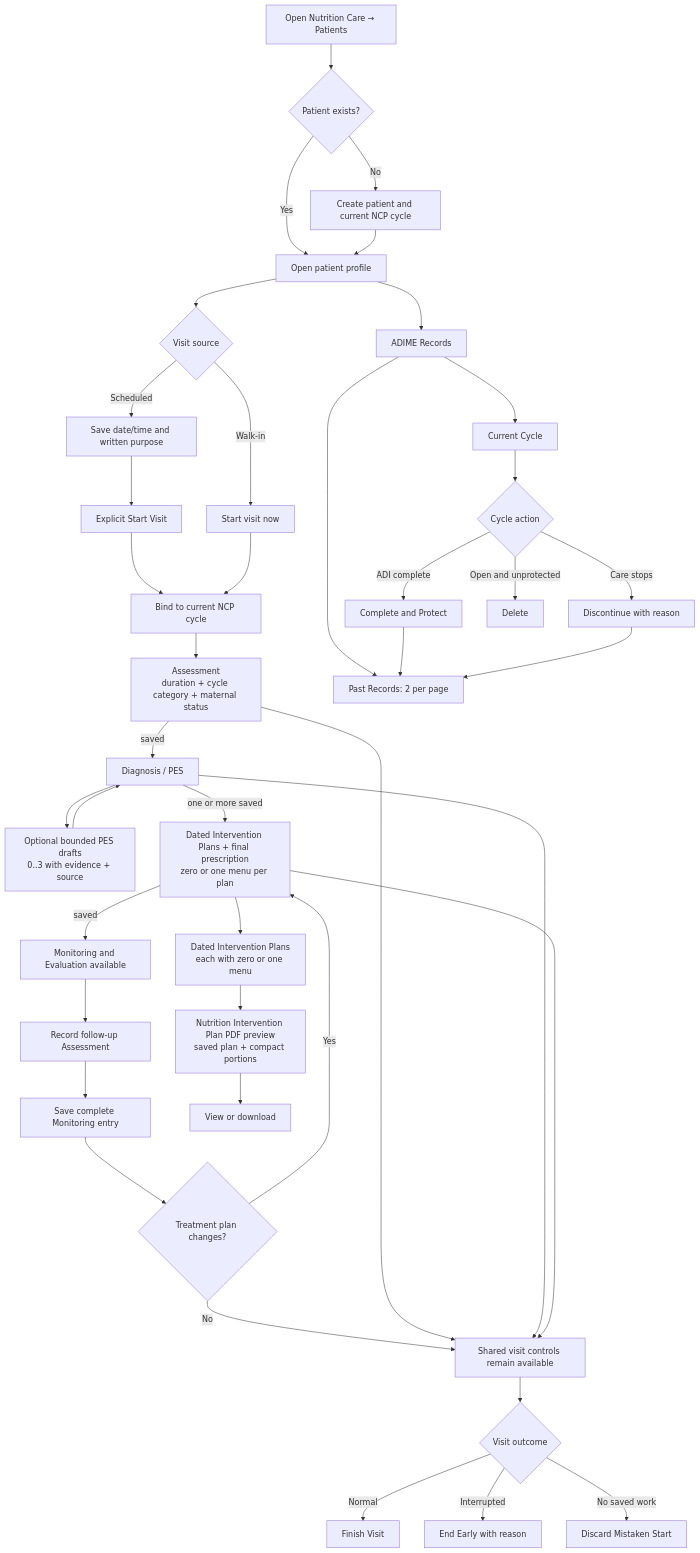
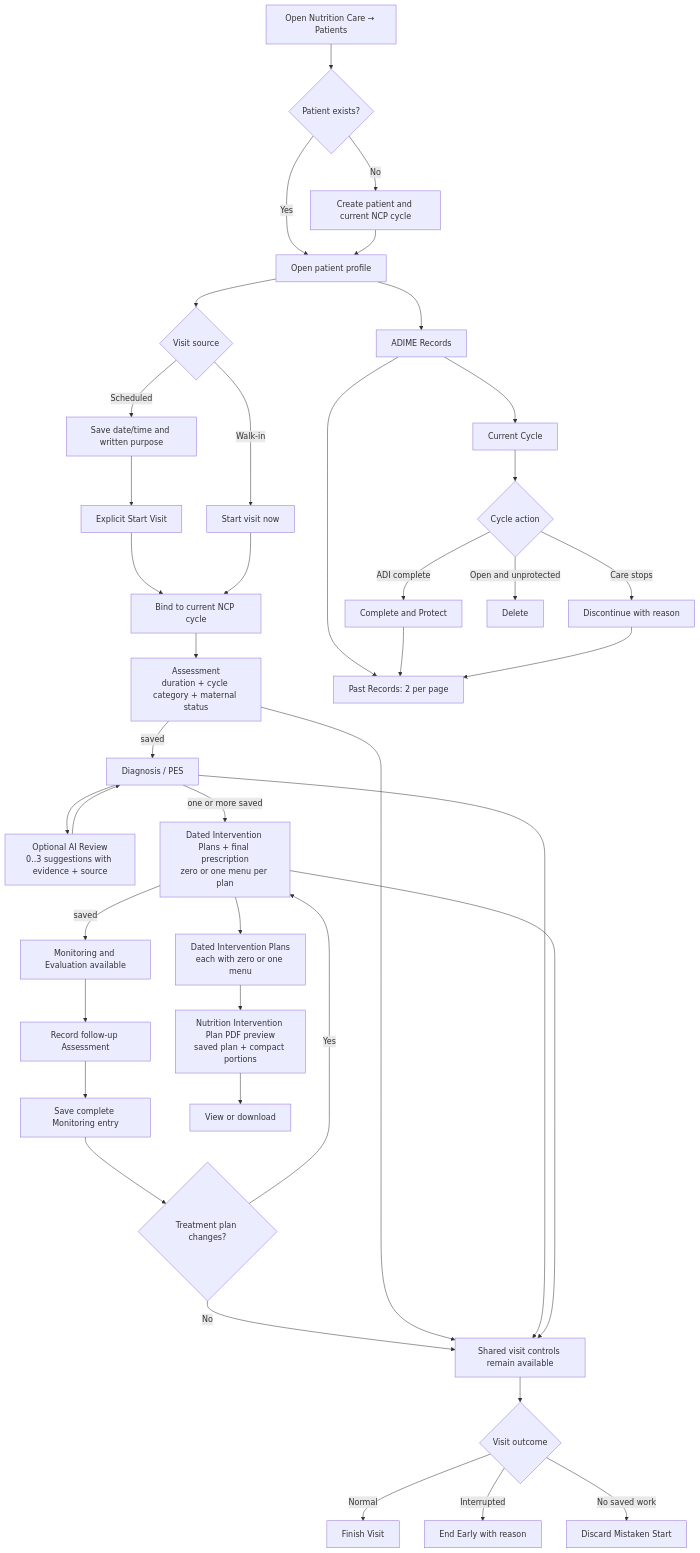
The second of 9 diagrams in docs/module-workflow-flowchart.md (ja2gc/Nutriscope), drawn with Mermaid before and after one commit. The commit also changed other lines of this file and 37 other files, not shown here.

````diff
--- a/docs/module-workflow-flowchart.md
+++ b/docs/module-workflow-flowchart.md
@@ -62,46 +62,46 @@
 ```mermaid
 flowchart TD
     A["Open Nutrition Care → Patients"] --> B{"Patient exists?"}
     B -->|"No"| C["Create patient and current NCP cycle"]
     B -->|"Yes"| D["Open patient profile"]
     C --> D
     D --> E{"Visit source"}
     E -->|"Scheduled"| F["Save date/time and written purpose"]
     E -->|"Walk-in"| G["Start visit now"]
     F --> H["Explicit Start Visit"]
     H --> I["Bind to current NCP cycle"]
     G --> I
 
     I --> J["Assessment<br/>duration + cycle category + maternal status"]
     J -->|"saved"| K["Diagnosis / PES"]
-    K --> K1["Optional bounded PES drafts<br/>0..3 with evidence + source"]
+    K --> K1["Optional AI Review<br/>0..3 suggestions with evidence + source"]
     K1 --> K
     K -->|"one or more saved"| L["Dated Intervention Plans + final prescription<br/>zero or one menu per plan"]
     L -->|"saved"| M["Monitoring and Evaluation available"]
     M --> M0["Record follow-up Assessment"]
     M0 --> M1["Save complete Monitoring entry"]
     M1 --> M2{"Treatment plan changes?"}
     M2 -->|"No"| N
     M2 -->|"Yes"| L
     J --> N["Shared visit controls remain available"]
     K --> N
     L --> N
     N --> O{"Visit outcome"}
     O -->|"Normal"| P["Finish Visit"]
     O -->|"Interrupted"| Q["End Early with reason"]
     O -->|"No saved work"| R["Discard Mistaken Start"]
 
     D --> S["ADIME Records"]
     S --> T["Current Cycle"]
     S --> U["Past Records: 2 per page"]
     T --> V{"Cycle action"}
     V -->|"ADI complete"| W["Complete and Protect"]
     V -->|"Care stops"| X["Discontinue with reason"]
     V -->|"Open and unprotected"| Y["Delete"]
     W --> U
     X --> U
 
     L --> Z["Dated Intervention Plans<br/>each with zero or one menu"]
     Z --> AA["Nutrition Intervention Plan PDF preview<br/>saved plan + compact portions"]
     AA --> AB["View or download"]
 ```
````
